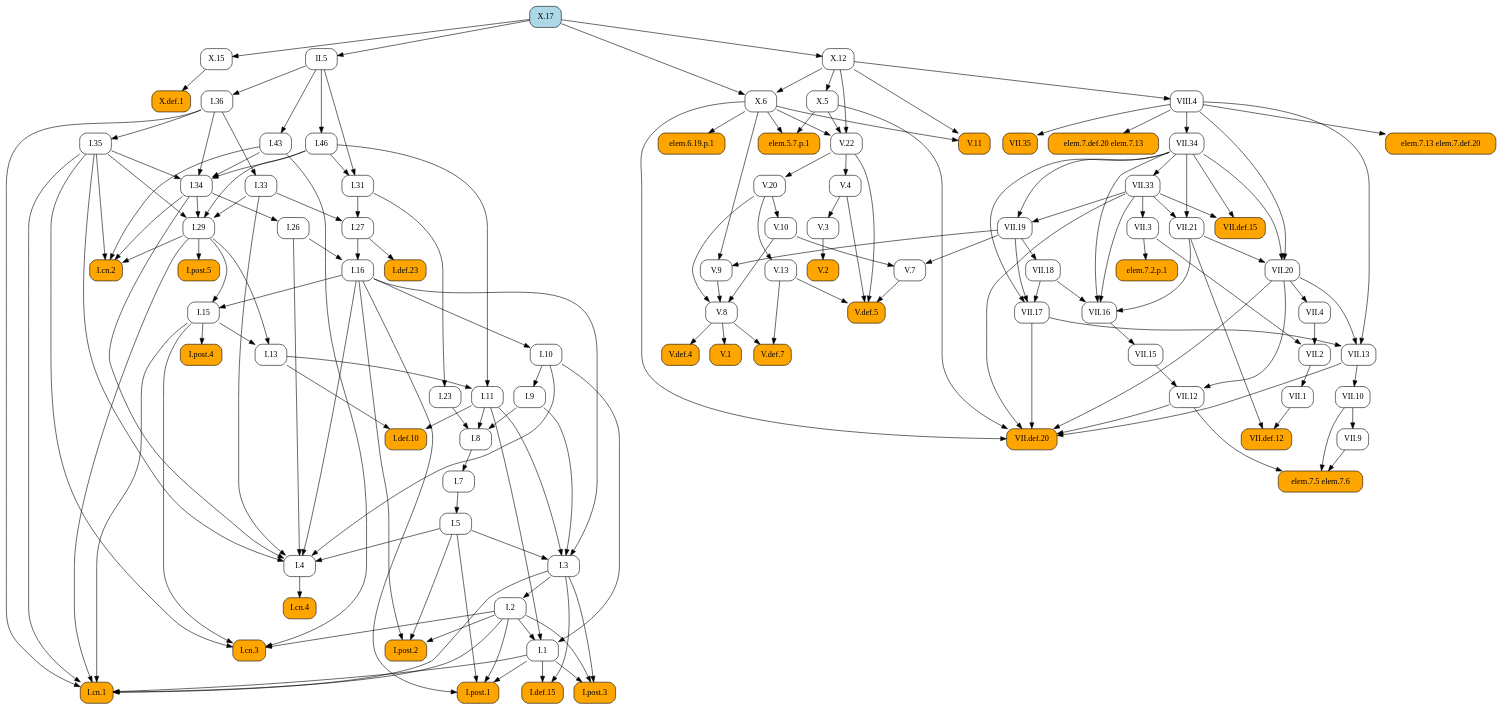
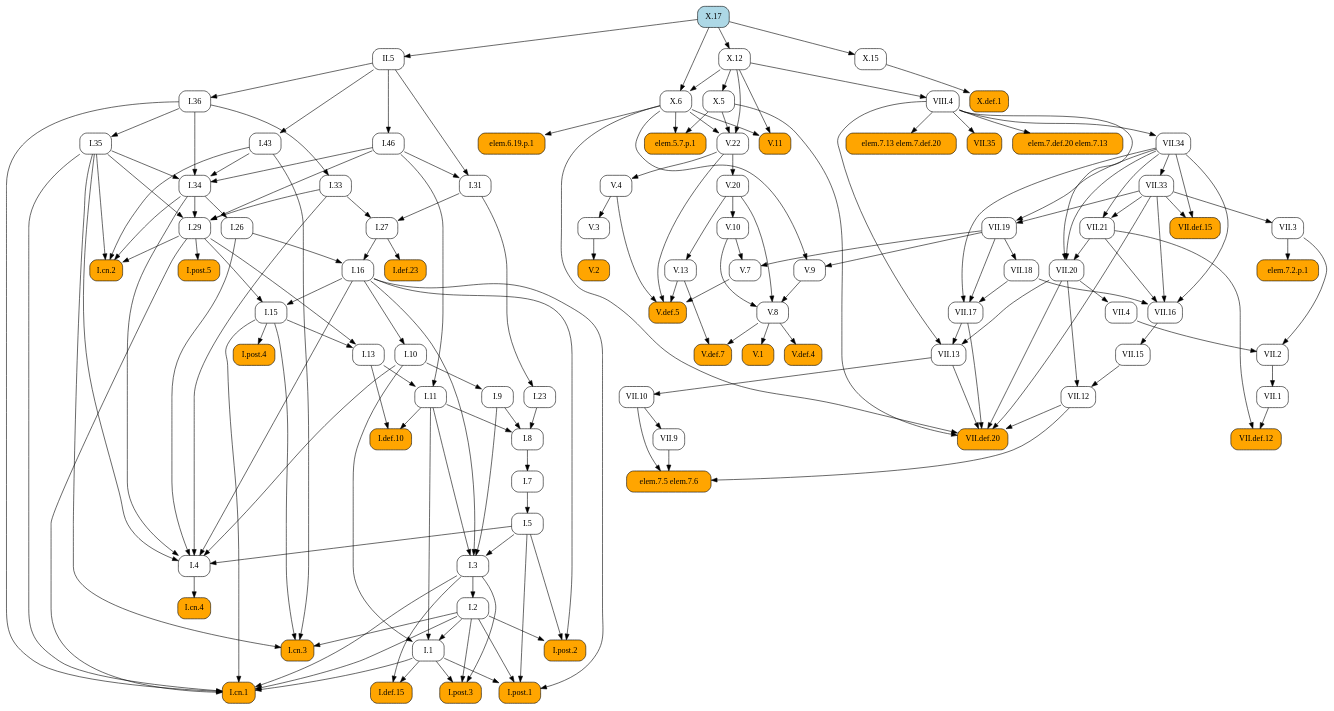
One commit to geometor/elements changed the diagram in docsrc/heath/X/17/index.rst. Above: the diagram before and after it, drawn with Graphviz. The commit also changed other lines of this file and 1029 other files, not shown here.

```diff
--- a/docsrc/heath/X/17/index.rst
+++ b/docsrc/heath/X/17/index.rst
@@ -70,154 +70,225 @@
    digraph {
      rankdir="TB";
      node [shape=box, style=rounded];
+     "I.def.10" [style="rounded,filled", fillcolor=orange, URL="/heath/I/def.10/", target="_top"];
+     "I.11" [URL="/heath/I/11/", target="_top"];
+     "I.post.4" [style="rounded,filled", fillcolor=orange, URL="/heath/I/post.4/", target="_top"];
+     "I.1" [URL="/heath/I/1/", target="_top"];
+     "VII.1" [URL="/heath/VII/1/", target="_top"];
+     "VII.9" [URL="/heath/VII/9/", target="_top"];
+     "V.def.5" [style="rounded,filled", fillcolor=orange, URL="/heath/V/def.5/", target="_top"];
+     "X.def.1" [style="rounded,filled", fillcolor=orange, URL="/heath/X/def.1/", target="_top"];
+     "V.13" [URL="/heath/V/13/", target="_top"];
+     "V.11" [style="rounded,filled", fillcolor=orange, URL="/heath/V/11/", target="_top"];
+     "X.17" [style="rounded,filled", fillcolor=lightblue, URL="/heath/X/17/", target="_top"];
+     "elem.7.5 elem.7.6" [style="rounded,filled", fillcolor=orange];
+     "I.post.3" [style="rounded,filled", fillcolor=orange, URL="/heath/I/post.3/", target="_top"];
+     "I.cn.3" [style="rounded,filled", fillcolor=orange, URL="/heath/I/cn.3/", target="_top"];
+     "VII.13" [URL="/heath/VII/13/", target="_top"];
+     "VII.2" [URL="/heath/VII/2/", target="_top"];
+     "V.3" [URL="/heath/V/3/", target="_top"];
+     "elem.7.13 elem.7.def.20" [style="rounded,filled", fillcolor=orange];
+     "VII.12" [URL="/heath/VII/12/", target="_top"];
+     "I.36" [URL="/heath/I/36/", target="_top"];
+     "VII.def.12" [style="rounded,filled", fillcolor=orange, URL="/heath/VII/def.12/", target="_top"];
+     "V.8" [URL="/heath/V/8/", target="_top"];
+     "I.27" [URL="/heath/I/27/", target="_top"];
+     "elem.7.2.p.1" [style="rounded,filled", fillcolor=orange];
+     "I.34" [URL="/heath/I/34/", target="_top"];
+     "VII.10" [URL="/heath/VII/10/", target="_top"];
+     "I.2" [URL="/heath/I/2/", target="_top"];
+     "I.def.23" [style="rounded,filled", fillcolor=orange, URL="/heath/I/def.23/", target="_top"];
+     "VII.18" [URL="/heath/VII/18/", target="_top"];
+     "I.33" [URL="/heath/I/33/", target="_top"];
+     "I.post.2" [style="rounded,filled", fillcolor=orange, URL="/heath/I/post.2/", target="_top"];
+     "VII.21" [URL="/heath/VII/21/", target="_top"];
+     "VII.20" [URL="/heath/VII/20/", target="_top"];
+     "VII.35" [style="rounded,filled", fillcolor=orange, URL="/heath/VII/35/", target="_top"];
+     "I.9" [URL="/heath/I/9/", target="_top"];
+     "V.def.4" [style="rounded,filled", fillcolor=orange, URL="/heath/V/def.4/", target="_top"];
+     "I.cn.4" [style="rounded,filled", fillcolor=orange, URL="/heath/I/cn.4/", target="_top"];
+     "I.15" [URL="/heath/I/15/", target="_top"];
+     "V.def.7" [style="rounded,filled", fillcolor=orange, URL="/heath/V/def.7/", target="_top"];
+     "VII.def.20" [style="rounded,filled", fillcolor=orange, URL="/heath/VII/def.20/", target="_top"];
+     "I.5" [URL="/heath/I/5/", target="_top"];
+     "elem.7.def.20 elem.7.13" [style="rounded,filled", fillcolor=orange];
+     "I.26" [URL="/heath/I/26/", target="_top"];
+     "I.29" [URL="/heath/I/29/", target="_top"];
+     "V.22" [URL="/heath/V/22/", target="_top"];
+     "I.cn.2" [style="rounded,filled", fillcolor=orange, URL="/heath/I/cn.2/", target="_top"];
+     "X.6" [URL="/heath/X/6/", target="_top"];
+     "V.20" [URL="/heath/V/20/", target="_top"];
+     "V.10" [URL="/heath/V/10/", target="_top"];
+     "VII.17" [URL="/heath/VII/17/", target="_top"];
+     "VII.3" [URL="/heath/VII/3/", target="_top"];
+     "I.def.15" [style="rounded,filled", fillcolor=orange, URL="/heath/I/def.15/", target="_top"];
+     "II.5" [URL="/heath/II/5/", target="_top"];
+     "I.cn.1" [style="rounded,filled", fillcolor=orange, URL="/heath/I/cn.1/", target="_top"];
+     "V.7" [URL="/heath/V/7/", target="_top"];
+     "V.9" [URL="/heath/V/9/", target="_top"];
+     "I.23" [URL="/heath/I/23/", target="_top"];
+     "I.43" [URL="/heath/I/43/", target="_top"];
+     "I.post.1" [style="rounded,filled", fillcolor=orange, URL="/heath/I/post.1/", target="_top"];
+     "X.12" [URL="/heath/X/12/", target="_top"];
+     "elem.6.19.p.1" [style="rounded,filled", fillcolor=orange];
+     "I.35" [URL="/heath/I/35/", target="_top"];
+     "I.10" [URL="/heath/I/10/", target="_top"];
+     "I.46" [URL="/heath/I/46/", target="_top"];
+     "VII.33" [URL="/heath/VII/33/", target="_top"];
+     "I.7" [URL="/heath/I/7/", target="_top"];
+     "I.3" [URL="/heath/I/3/", target="_top"];
+     "VII.def.15" [style="rounded,filled", fillcolor=orange, URL="/heath/VII/def.15/", target="_top"];
+     "I.4" [URL="/heath/I/4/", target="_top"];
+     "VII.19" [URL="/heath/VII/19/", target="_top"];
+     "I.13" [URL="/heath/I/13/", target="_top"];
+     "VII.16" [URL="/heath/VII/16/", target="_top"];
+     "V.4" [URL="/heath/V/4/", target="_top"];
+     "elem.5.7.p.1" [style="rounded,filled", fillcolor=orange];
+     "VII.4" [URL="/heath/VII/4/", target="_top"];
+     "I.31" [URL="/heath/I/31/", target="_top"];
+     "VIII.4" [URL="/heath/VIII/4/", target="_top"];
      "V.1" [style="rounded,filled", fillcolor=orange, URL="/heath/V/1/", target="_top"];
-     "VII.12" [URL="/heath/VII/12/", target="_top"];
-     "I.29" [URL="/heath/I/29/", target="_top"];
-     "I.7" [URL="/heath/I/7/", target="_top"];
-     "I.27" [URL="/heath/I/27/", target="_top"];
-     "I.def.23" [style="rounded,filled", fillcolor=orange, URL="/heath/I/def.23/", target="_top"];
-     "V.20" [URL="/heath/V/20/", target="_top"];
-     "I.34" [URL="/heath/I/34/", target="_top"];
-     "VII.13" [URL="/heath/VII/13/", target="_top"];
-     "I.8" [URL="/heath/I/8/", target="_top"];
-     "VII.16" [URL="/heath/VII/16/", target="_top"];
-     "V.2" [style="rounded,filled", fillcolor=orange, URL="/heath/V/2/", target="_top"];
-     "I.9" [URL="/heath/I/9/", target="_top"];
-     "VII.def.15" [style="rounded,filled", fillcolor=orange, URL="/heath/VII/def.15/", target="_top"];
-     "VII.18" [URL="/heath/VII/18/", target="_top"];
-     "V.22" [URL="/heath/V/22/", target="_top"];
-     "I.post.4" [style="rounded,filled", fillcolor=orange, URL="/heath/I/post.4/", target="_top"];
-     "elem.5.7.p.1" [style="rounded,filled", fillcolor=orange];
-     "I.2" [URL="/heath/I/2/", target="_top"];
-     "V.4" [URL="/heath/V/4/", target="_top"];
-     "VII.15" [URL="/heath/VII/15/", target="_top"];
-     "VII.def.12" [style="rounded,filled", fillcolor=orange, URL="/heath/VII/def.12/", target="_top"];
-     "X.def.1" [style="rounded,filled", fillcolor=orange, URL="/heath/X/def.1/", target="_top"];
-     "VII.2" [URL="/heath/VII/2/", target="_top"];
-     "I.cn.4" [style="rounded,filled", fillcolor=orange, URL="/heath/I/cn.4/", target="_top"];
-     "elem.7.5 elem.7.6" [style="rounded,filled", fillcolor=orange];
-     "VII.3" [URL="/heath/VII/3/", target="_top"];
-     "VII.10" [URL="/heath/VII/10/", target="_top"];
-     "I.23" [URL="/heath/I/23/", target="_top"];
-     "I.13" [URL="/heath/I/13/", target="_top"];
-     "VII.20" [URL="/heath/VII/20/", target="_top"];
-     "I.5" [URL="/heath/I/5/", target="_top"];
-     "I.11" [URL="/heath/I/11/", target="_top"];
-     "X.6" [URL="/heath/X/6/", target="_top"];
-     "I.4" [URL="/heath/I/4/", target="_top"];
-     "VII.9" [URL="/heath/VII/9/", target="_top"];
-     "I.43" [URL="/heath/I/43/", target="_top"];
-     "I.def.10" [style="rounded,filled", fillcolor=orange, URL="/heath/I/def.10/", target="_top"];
-     "I.46" [URL="/heath/I/46/", target="_top"];
-     "VII.19" [URL="/heath/VII/19/", target="_top"];
-     "VII.4" [URL="/heath/VII/4/", target="_top"];
-     "elem.7.2.p.1" [style="rounded,filled", fillcolor=orange];
-     "I.post.3" [style="rounded,filled", fillcolor=orange, URL="/heath/I/post.3/", target="_top"];
-     "V.9" [URL="/heath/V/9/", target="_top"];
-     "V.3" [URL="/heath/V/3/", target="_top"];
-     "I.36" [URL="/heath/I/36/", target="_top"];
-     "I.15" [URL="/heath/I/15/", target="_top"];
-     "VII.1" [URL="/heath/VII/1/", target="_top"];
-     "elem.7.13 elem.7.def.20" [style="rounded,filled", fillcolor=orange];
-     "V.def.5" [style="rounded,filled", fillcolor=orange, URL="/heath/V/def.5/", target="_top"];
-     "I.cn.3" [style="rounded,filled", fillcolor=orange, URL="/heath/I/cn.3/", target="_top"];
-     "X.15" [URL="/heath/X/15/", target="_top"];
-     "VII.35" [style="rounded,filled", fillcolor=orange, URL="/heath/VII/35/", target="_top"];
-     "VIII.4" [URL="/heath/VIII/4/", target="_top"];
-     "elem.7.def.20 elem.7.13" [style="rounded,filled", fillcolor=orange];
-     "V.def.4" [style="rounded,filled", fillcolor=orange, URL="/heath/V/def.4/", target="_top"];
-     "V.8" [URL="/heath/V/8/", target="_top"];
-     "VII.21" [URL="/heath/VII/21/", target="_top"];
-     "II.5" [URL="/heath/II/5/", target="_top"];
-     "V.7" [URL="/heath/V/7/", target="_top"];
-     "I.def.15" [style="rounded,filled", fillcolor=orange, URL="/heath/I/def.15/", target="_top"];
-     "I.1" [URL="/heath/I/1/", target="_top"];
-     "V.13" [URL="/heath/V/13/", target="_top"];
-     "I.post.1" [style="rounded,filled", fillcolor=orange, URL="/heath/I/post.1/", target="_top"];
+     "I.16" [URL="/heath/I/16/", target="_top"];
      "X.5" [URL="/heath/X/5/", target="_top"];
      "VII.34" [URL="/heath/VII/34/", target="_top"];
-     "VII.def.20" [style="rounded,filled", fillcolor=orange, URL="/heath/VII/def.20/", target="_top"];
-     "elem.6.19.p.1" [style="rounded,filled", fillcolor=orange];
-     "I.26" [URL="/heath/I/26/", target="_top"];
-     "I.33" [URL="/heath/I/33/", target="_top"];
-     "V.def.7" [style="rounded,filled", fillcolor=orange, URL="/heath/V/def.7/", target="_top"];
-     "I.cn.2" [style="rounded,filled", fillcolor=orange, URL="/heath/I/cn.2/", target="_top"];
-     "V.10" [URL="/heath/V/10/", target="_top"];
-     "I.10" [URL="/heath/I/10/", target="_top"];
-     "I.3" [URL="/heath/I/3/", target="_top"];
-     "I.16" [URL="/heath/I/16/", target="_top"];
-     "I.31" [URL="/heath/I/31/", target="_top"];
-     "V.11" [style="rounded,filled", fillcolor=orange, URL="/heath/V/11/", target="_top"];
-     "X.12" [URL="/heath/X/12/", target="_top"];
-     "I.post.2" [style="rounded,filled", fillcolor=orange, URL="/heath/I/post.2/", target="_top"];
-     "X.17" [style="rounded,filled", fillcolor=lightblue, URL="/heath/X/17/", target="_top"];
+     "I.8" [URL="/heath/I/8/", target="_top"];
+     "V.2" [style="rounded,filled", fillcolor=orange, URL="/heath/V/2/", target="_top"];
      "I.post.5" [style="rounded,filled", fillcolor=orange, URL="/heath/I/post.5/", target="_top"];
-     "I.35" [URL="/heath/I/35/", target="_top"];
-     "I.cn.1" [style="rounded,filled", fillcolor=orange, URL="/heath/I/cn.1/", target="_top"];
-     "VII.33" [URL="/heath/VII/33/", target="_top"];
-     "VII.17" [URL="/heath/VII/17/", target="_top"];
-     "V.8" -> "V.1";
+     "X.15" [URL="/heath/X/15/", target="_top"];
+     "VII.15" [URL="/heath/VII/15/", target="_top"];
+     "I.11" -> "I.def.10";
+     "I.13" -> "I.def.10";
+     "I.13" -> "I.11";
+     "I.46" -> "I.11";
+     "I.15" -> "I.post.4";
+     "I.2" -> "I.1";
+     "I.10" -> "I.1";
+     "I.11" -> "I.1";
+     "VII.2" -> "VII.1";
+     "VII.10" -> "VII.9";
+     "V.4" -> "V.def.5";
+     "V.7" -> "V.def.5";
+     "V.13" -> "V.def.5";
+     "V.22" -> "V.def.5";
+     "X.15" -> "X.def.1";
+     "V.20" -> "V.13";
+     "X.6" -> "V.11";
+     "X.12" -> "V.11";
+     "VII.9" -> "elem.7.5 elem.7.6";
+     "VII.10" -> "elem.7.5 elem.7.6";
+     "VII.12" -> "elem.7.5 elem.7.6";
+     "I.1" -> "I.post.3";
+     "I.2" -> "I.post.3";
+     "I.3" -> "I.post.3";
+     "I.2" -> "I.cn.3";
+     "I.15" -> "I.cn.3";
+     "I.35" -> "I.cn.3";
+     "I.43" -> "I.cn.3";
+     "VII.17" -> "VII.13";
+     "VII.20" -> "VII.13";
+     "VIII.4" -> "VII.13";
+     "VII.3" -> "VII.2";
+     "VII.4" -> "VII.2";
+     "V.4" -> "V.3";
+     "VIII.4" -> "elem.7.13 elem.7.def.20";
      "VII.15" -> "VII.12";
      "VII.20" -> "VII.12";
+     "II.5" -> "I.36";
+     "VII.1" -> "VII.def.12";
+     "VII.21" -> "VII.def.12";
+     "V.9" -> "V.8";
+     "V.10" -> "V.8";
+     "V.20" -> "V.8";
+     "I.31" -> "I.27";
+     "I.33" -> "I.27";
+     "VII.3" -> "elem.7.2.p.1";
+     "I.35" -> "I.34";
+     "I.36" -> "I.34";
+     "I.43" -> "I.34";
+     "I.46" -> "I.34";
+     "VII.13" -> "VII.10";
+     "I.3" -> "I.2";
+     "I.27" -> "I.def.23";
+     "VII.19" -> "VII.18";
+     "I.36" -> "I.33";
+     "I.2" -> "I.post.2";
+     "I.5" -> "I.post.2";
+     "I.16" -> "I.post.2";
+     "VII.33" -> "VII.21";
+     "VII.34" -> "VII.21";
+     "VII.21" -> "VII.20";
+     "VII.34" -> "VII.20";
+     "VIII.4" -> "VII.20";
+     "VIII.4" -> "VII.35";
+     "I.10" -> "I.9";
+     "V.8" -> "V.def.4";
+     "I.4" -> "I.cn.4";
+     "I.16" -> "I.15";
+     "I.29" -> "I.15";
+     "V.8" -> "V.def.7";
+     "V.13" -> "V.def.7";
+     "VII.12" -> "VII.def.20";
+     "VII.13" -> "VII.def.20";
+     "VII.17" -> "VII.def.20";
+     "VII.20" -> "VII.def.20";
+     "VII.33" -> "VII.def.20";
+     "X.5" -> "VII.def.20";
+     "X.6" -> "VII.def.20";
+     "I.7" -> "I.5";
+     "VIII.4" -> "elem.7.def.20 elem.7.13";
+     "I.34" -> "I.26";
      "I.33" -> "I.29";
      "I.34" -> "I.29";
      "I.35" -> "I.29";
      "I.46" -> "I.29";
-     "I.8" -> "I.7";
-     "I.31" -> "I.27";
-     "I.33" -> "I.27";
-     "I.27" -> "I.def.23";
-     "V.22" -> "V.20";
-     "I.35" -> "I.34";
-     "I.36" -> "I.34";
-     "I.43" -> "I.34";
-     "I.46" -> "I.34";
-     "VII.17" -> "VII.13";
-     "VII.20" -> "VII.13";
-     "VIII.4" -> "VII.13";
-     "I.9" -> "I.8";
-     "I.11" -> "I.8";
-     "I.23" -> "I.8";
-     "VII.18" -> "VII.16";
-     "VII.21" -> "VII.16";
-     "VII.33" -> "VII.16";
-     "VII.34" -> "VII.16";
-     "V.3" -> "V.2";
-     "I.10" -> "I.9";
-     "VII.33" -> "VII.def.15";
-     "VII.34" -> "VII.def.15";
-     "VII.19" -> "VII.18";
      "X.5" -> "V.22";
      "X.6" -> "V.22";
      "X.12" -> "V.22";
-     "I.15" -> "I.post.4";
-     "X.5" -> "elem.5.7.p.1";
-     "X.6" -> "elem.5.7.p.1";
-     "I.3" -> "I.2";
-     "V.22" -> "V.4";
-     "VII.16" -> "VII.15";
-     "VII.1" -> "VII.def.12";
-     "VII.21" -> "VII.def.12";
-     "X.15" -> "X.def.1";
-     "VII.3" -> "VII.2";
-     "VII.4" -> "VII.2";
-     "I.4" -> "I.cn.4";
-     "VII.9" -> "elem.7.5 elem.7.6";
-     "VII.10" -> "elem.7.5 elem.7.6";
-     "VII.12" -> "elem.7.5 elem.7.6";
-     "VII.33" -> "VII.3";
-     "VII.13" -> "VII.10";
-     "I.31" -> "I.23";
-     "I.15" -> "I.13";
-     "I.29" -> "I.13";
-     "VII.21" -> "VII.20";
-     "VII.34" -> "VII.20";
-     "VIII.4" -> "VII.20";
-     "I.7" -> "I.5";
-     "I.13" -> "I.11";
-     "I.46" -> "I.11";
+     "I.29" -> "I.cn.2";
+     "I.34" -> "I.cn.2";
+     "I.35" -> "I.cn.2";
+     "I.43" -> "I.cn.2";
      "X.12" -> "X.6";
      "X.17" -> "X.6";
+     "V.22" -> "V.20";
+     "V.20" -> "V.10";
+     "VII.18" -> "VII.17";
+     "VII.19" -> "VII.17";
+     "VII.34" -> "VII.17";
+     "VII.33" -> "VII.3";
+     "I.1" -> "I.def.15";
+     "I.3" -> "I.def.15";
+     "X.17" -> "II.5";
+     "I.1" -> "I.cn.1";
+     "I.2" -> "I.cn.1";
+     "I.3" -> "I.cn.1";
+     "I.15" -> "I.cn.1";
+     "I.29" -> "I.cn.1";
+     "I.35" -> "I.cn.1";
+     "I.36" -> "I.cn.1";
+     "V.10" -> "V.7";
+     "VII.19" -> "V.7";
+     "VII.19" -> "V.9";
+     "X.6" -> "V.9";
+     "I.31" -> "I.23";
+     "II.5" -> "I.43";
+     "I.1" -> "I.post.1";
+     "I.2" -> "I.post.1";
+     "I.5" -> "I.post.1";
+     "I.16" -> "I.post.1";
+     "X.17" -> "X.12";
+     "X.6" -> "elem.6.19.p.1";
+     "I.36" -> "I.35";
+     "I.16" -> "I.10";
+     "II.5" -> "I.46";
+     "VII.34" -> "VII.33";
+     "I.8" -> "I.7";
+     "I.5" -> "I.3";
+     "I.9" -> "I.3";
+     "I.11" -> "I.3";
+     "I.16" -> "I.3";
+     "VII.33" -> "VII.def.15";
+     "VII.34" -> "VII.def.15";
      "I.5" -> "I.4";
      "I.10" -> "I.4";
      "I.16" -> "I.4";
@@ -225,102 +296,31 @@
      "I.33" -> "I.4";
      "I.34" -> "I.4";
      "I.35" -> "I.4";
-     "VII.10" -> "VII.9";
-     "II.5" -> "I.43";
-     "I.11" -> "I.def.10";
-     "I.13" -> "I.def.10";
-     "II.5" -> "I.46";
      "VII.33" -> "VII.19";
      "VII.34" -> "VII.19";
+     "I.15" -> "I.13";
+     "I.29" -> "I.13";
+     "VII.18" -> "VII.16";
+     "VII.21" -> "VII.16";
+     "VII.33" -> "VII.16";
+     "VII.34" -> "VII.16";
+     "V.22" -> "V.4";
+     "X.5" -> "elem.5.7.p.1";
+     "X.6" -> "elem.5.7.p.1";
      "VII.20" -> "VII.4";
-     "VII.3" -> "elem.7.2.p.1";
-     "I.1" -> "I.post.3";
-     "I.2" -> "I.post.3";
-     "I.3" -> "I.post.3";
-     "VII.19" -> "V.9";
-     "X.6" -> "V.9";
-     "V.4" -> "V.3";
-     "II.5" -> "I.36";
-     "I.16" -> "I.15";
-     "I.29" -> "I.15";
-     "VII.2" -> "VII.1";
-     "VIII.4" -> "elem.7.13 elem.7.def.20";
-     "V.4" -> "V.def.5";
-     "V.7" -> "V.def.5";
-     "V.13" -> "V.def.5";
-     "V.22" -> "V.def.5";
-     "I.2" -> "I.cn.3";
-     "I.15" -> "I.cn.3";
-     "I.35" -> "I.cn.3";
-     "I.43" -> "I.cn.3";
-     "X.17" -> "X.15";
-     "VIII.4" -> "VII.35";
+     "I.46" -> "I.31";
+     "II.5" -> "I.31";
      "X.12" -> "VIII.4";
-     "VIII.4" -> "elem.7.def.20 elem.7.13";
-     "V.8" -> "V.def.4";
-     "V.9" -> "V.8";
-     "V.10" -> "V.8";
-     "V.20" -> "V.8";
-     "VII.33" -> "VII.21";
-     "VII.34" -> "VII.21";
-     "X.17" -> "II.5";
-     "V.10" -> "V.7";
-     "VII.19" -> "V.7";
-     "I.1" -> "I.def.15";
-     "I.3" -> "I.def.15";
-     "I.2" -> "I.1";
-     "I.10" -> "I.1";
-     "I.11" -> "I.1";
-     "V.20" -> "V.13";
-     "I.1" -> "I.post.1";
-     "I.2" -> "I.post.1";
-     "I.5" -> "I.post.1";
-     "I.16" -> "I.post.1";
+     "V.8" -> "V.1";
+     "I.26" -> "I.16";
+     "I.27" -> "I.16";
      "X.12" -> "X.5";
      "VIII.4" -> "VII.34";
-     "VII.12" -> "VII.def.20";
-     "VII.13" -> "VII.def.20";
-     "VII.17" -> "VII.def.20";
-     "VII.20" -> "VII.def.20";
-     "VII.33" -> "VII.def.20";
-     "X.5" -> "VII.def.20";
-     "X.6" -> "VII.def.20";
-     "X.6" -> "elem.6.19.p.1";
-     "I.34" -> "I.26";
-     "I.36" -> "I.33";
-     "V.8" -> "V.def.7";
-     "V.13" -> "V.def.7";
-     "I.29" -> "I.cn.2";
-     "I.34" -> "I.cn.2";
-     "I.35" -> "I.cn.2";
-     "I.43" -> "I.cn.2";
-     "V.20" -> "V.10";
-     "I.16" -> "I.10";
-     "I.5" -> "I.3";
-     "I.9" -> "I.3";
-     "I.11" -> "I.3";
-     "I.16" -> "I.3";
-     "I.26" -> "I.16";
-     "I.27" -> "I.16";
-     "I.46" -> "I.31";
-     "II.5" -> "I.31";
-     "X.6" -> "V.11";
-     "X.12" -> "V.11";
-     "X.17" -> "X.12";
-     "I.2" -> "I.post.2";
-     "I.5" -> "I.post.2";
-     "I.16" -> "I.post.2";
+     "I.9" -> "I.8";
+     "I.11" -> "I.8";
+     "I.23" -> "I.8";
+     "V.3" -> "V.2";
      "I.29" -> "I.post.5";
-     "I.36" -> "I.35";
-     "I.1" -> "I.cn.1";
-     "I.2" -> "I.cn.1";
-     "I.3" -> "I.cn.1";
-     "I.15" -> "I.cn.1";
-     "I.29" -> "I.cn.1";
-     "I.35" -> "I.cn.1";
-     "I.36" -> "I.cn.1";
-     "VII.34" -> "VII.33";
-     "VII.18" -> "VII.17";
-     "VII.19" -> "VII.17";
-     "VII.34" -> "VII.17";
+     "X.17" -> "X.15";
+     "VII.16" -> "VII.15";
    }
```
